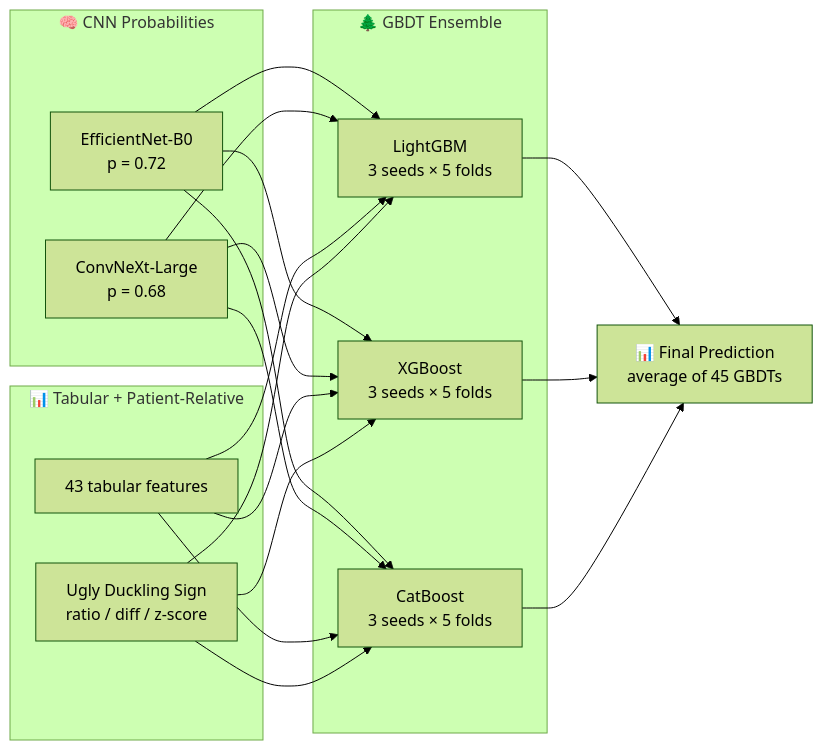
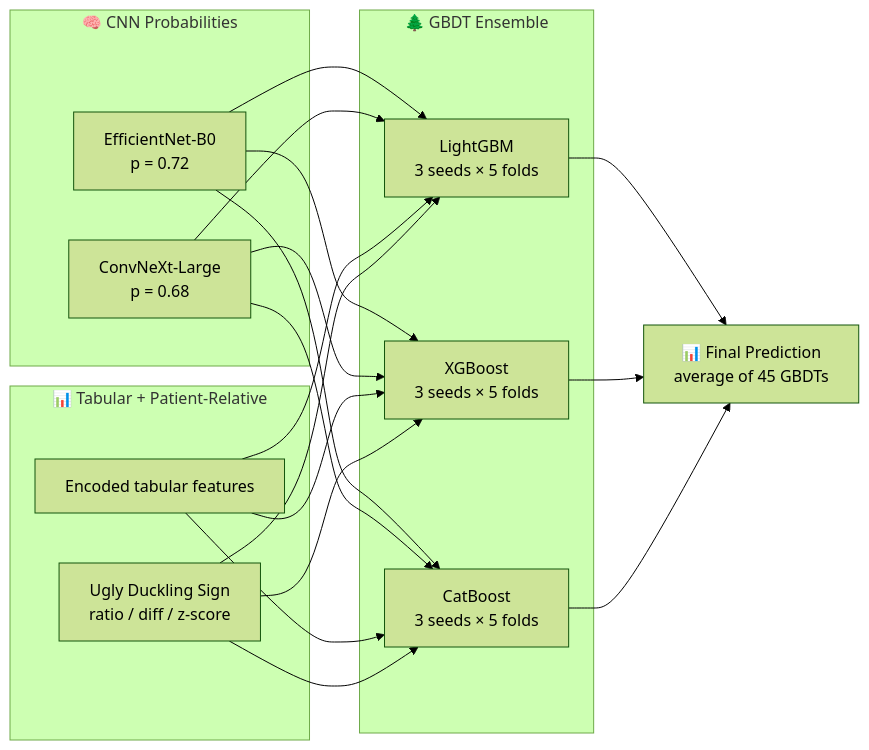
Before and after one commit to RudraShivm/Skin-Cancer-Detection: the seventh of 7 diagrams in docs/architecture.md, drawn with Mermaid (forest theme). The commit also changed other lines of this file and 4 other files, not shown here.

````diff
--- a/docs/architecture.md
+++ b/docs/architecture.md
@@ -333,24 +351,24 @@
 ```mermaid
 flowchart LR
     subgraph CNN_Probs["🧠 CNN Probabilities"]
         P1["EfficientNet-B0<br/>p = 0.72"]
         P2["ConvNeXt-Large<br/>p = 0.68"]
     end
 
     subgraph Tabular["📊 Tabular + Patient-Relative"]
-        TAB["43 tabular features"]
+        TAB["Encoded tabular features"]
         UG["Ugly Duckling Sign<br/>ratio / diff / z-score"]
     end
 
     subgraph GBDT_Models["🌲 GBDT Ensemble"]
         LGB["LightGBM<br/>3 seeds × 5 folds"]
         XGB["XGBoost<br/>3 seeds × 5 folds"]
         CAT["CatBoost<br/>3 seeds × 5 folds"]
     end
 
     FINAL["📊 Final Prediction<br/>average of 45 GBDTs"]
 
     P1 & P2 --> LGB & XGB & CAT
     TAB & UG --> LGB & XGB & CAT
     LGB & XGB & CAT --> FINAL
 ```
````
